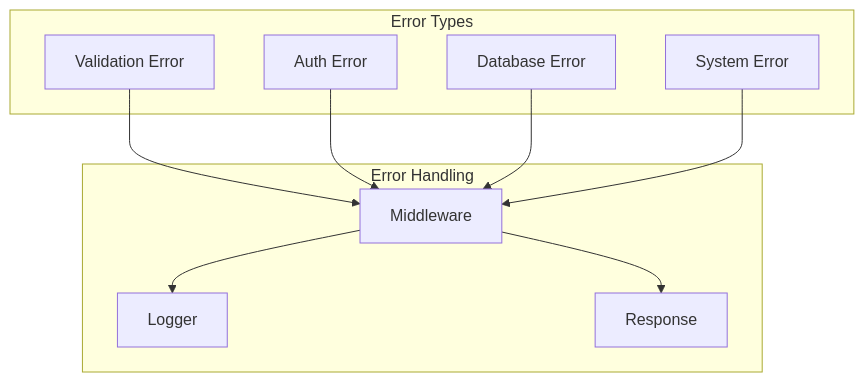
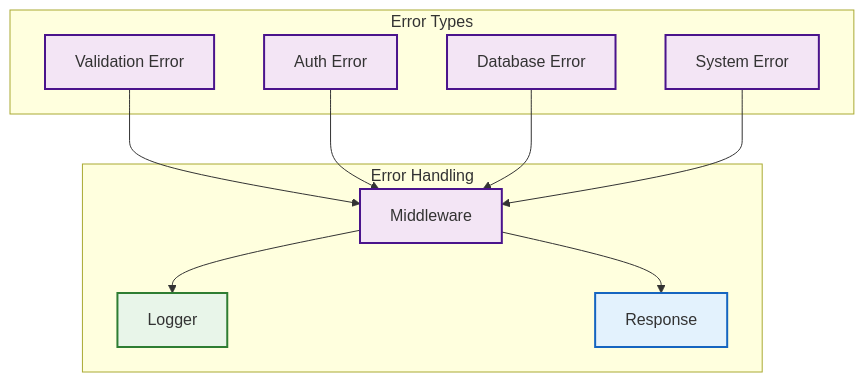
Before and after one commit to nessaee/chess-database: the fifth of 9 diagrams in docs/api-reference.md, drawn with Mermaid. The commit also changed other lines of this file and 3 other files, not shown here.

````diff
--- a/docs/api-reference.md
+++ b/docs/api-reference.md
@@ -195,23 +243,33 @@
-```mermaid
+<div class="mermaid">
 graph TB
     subgraph "Error Types"
         VAL["Validation Error"]
         AUTH["Auth Error"]
         DB["Database Error"]
         SYS["System Error"]
     end
     
     subgraph "Error Handling"
         MID["Middleware"]
         LOG["Logger"]
         RESP["Response"]
     end
     
     VAL --> MID
     AUTH --> MID
     DB --> MID
     SYS --> MID
     
     MID --> LOG
     MID --> RESP
-```
+    
+    classDef error fill:#f3e5f5,stroke:#4a148c,stroke-width:2px;
+    classDef middleware fill:#f3e5f5,stroke:#4a148c,stroke-width:2px;
+    classDef logger fill:#e8f5e9,stroke:#2e7d32,stroke-width:2px;
+    classDef response fill:#e3f2fd,stroke:#1565c0,stroke-width:2px;
+    
+    class VAL,AUTH,DB,SYS error;
+    class MID middleware;
+    class LOG logger;
+    class RESP response;
+</div>
````
